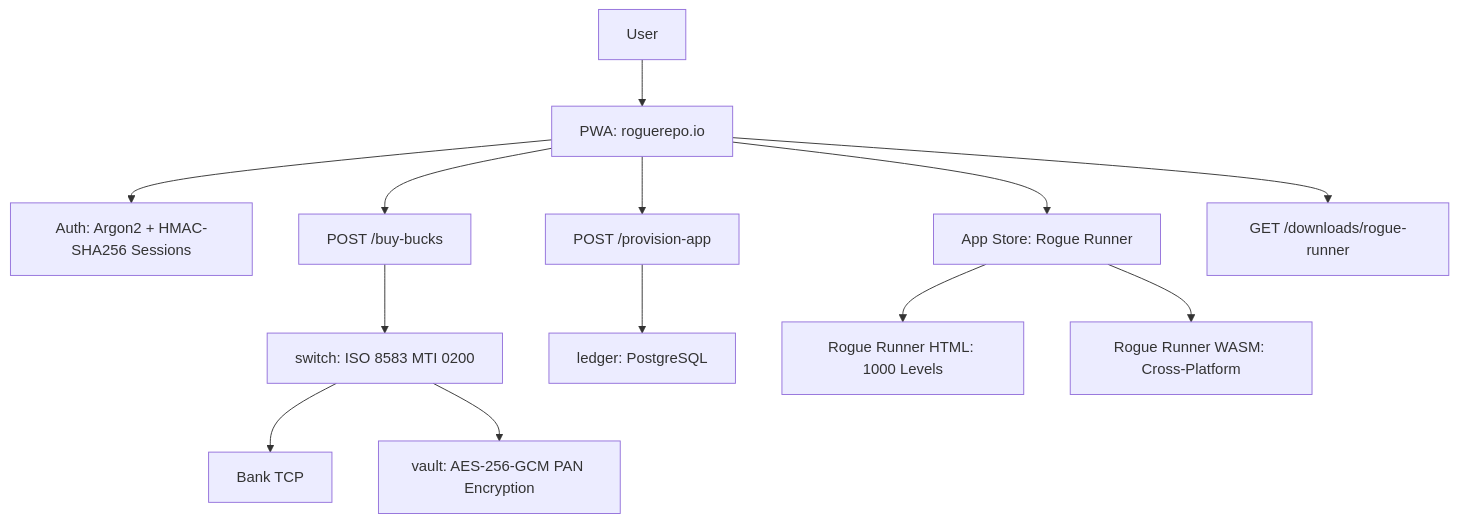
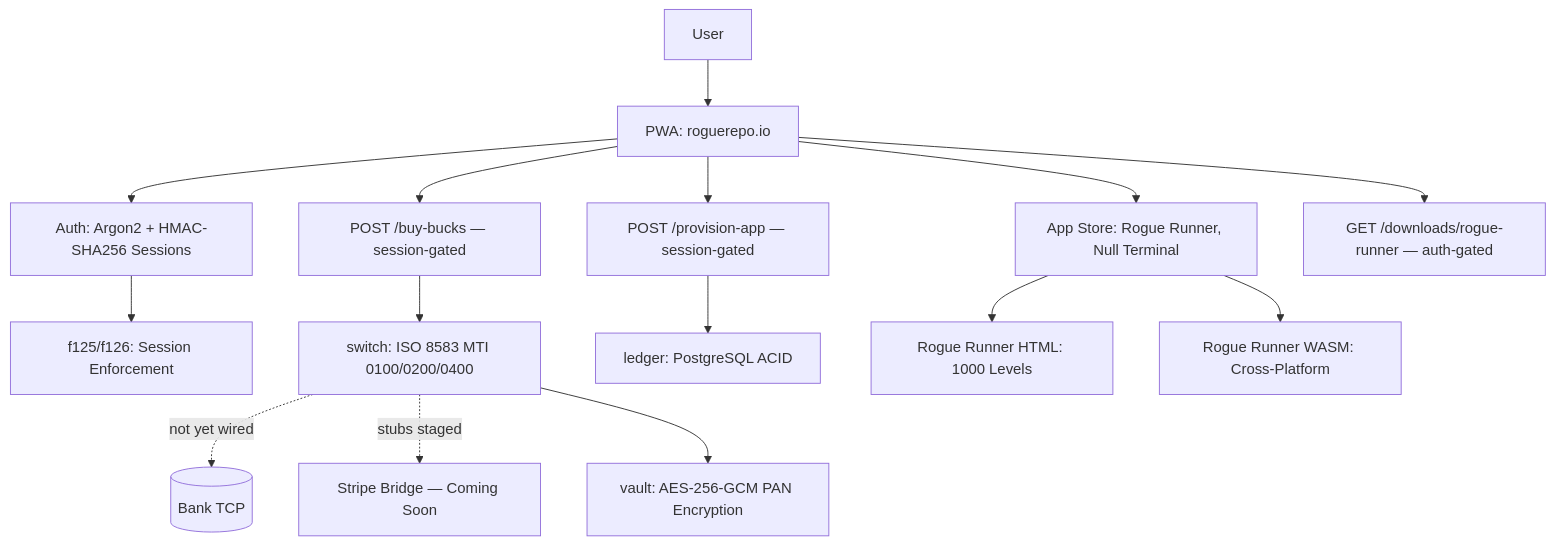
The diagram in PROOF_OF_ARTIFACTS.md (cochranblock/rogue-repo), drawn with Mermaid before and after one commit. The commit also changed other lines of this file and 4 other files, not shown here.

````diff
--- a/PROOF_OF_ARTIFACTS.md
+++ b/PROOF_OF_ARTIFACTS.md
@@ -11,15 +11,17 @@
 ```mermaid
 flowchart TD
     User[User] --> PWA[PWA: roguerepo.io]
     PWA --> Auth[Auth: Argon2 + HMAC-SHA256 Sessions]
-    PWA --> Store[App Store: Rogue Runner]
-    PWA --> BuyBucks[POST /buy-bucks]
-    BuyBucks --> Switch[switch: ISO 8583 MTI 0200]
-    Switch --> Bank[Bank TCP]
+    Auth --> SessionGate[f125/f126: Session Enforcement]
+    PWA --> Store[App Store: Rogue Runner, Null Terminal]
+    PWA --> BuyBucks[POST /buy-bucks — session-gated]
+    BuyBucks --> Switch[switch: ISO 8583 MTI 0100/0200/0400]
+    Switch -.->|not yet wired| Bank[(Bank TCP)]
+    Switch -.->|stubs staged| Stripe[Stripe Bridge — Coming Soon]
     Switch --> Vault[vault: AES-256-GCM PAN Encryption]
-    PWA --> Provision[POST /provision-app]
-    Provision --> Ledger[ledger: PostgreSQL]
-    PWA --> Download[GET /downloads/rogue-runner]
+    PWA --> Provision[POST /provision-app — session-gated]
+    Provision --> Ledger[ledger: PostgreSQL ACID]
+    PWA --> Download[GET /downloads/rogue-runner — auth-gated]
     Store --> HTML[Rogue Runner HTML: 1000 Levels]
     Store --> WASM[Rogue Runner WASM: Cross-Platform]
 ```
````
